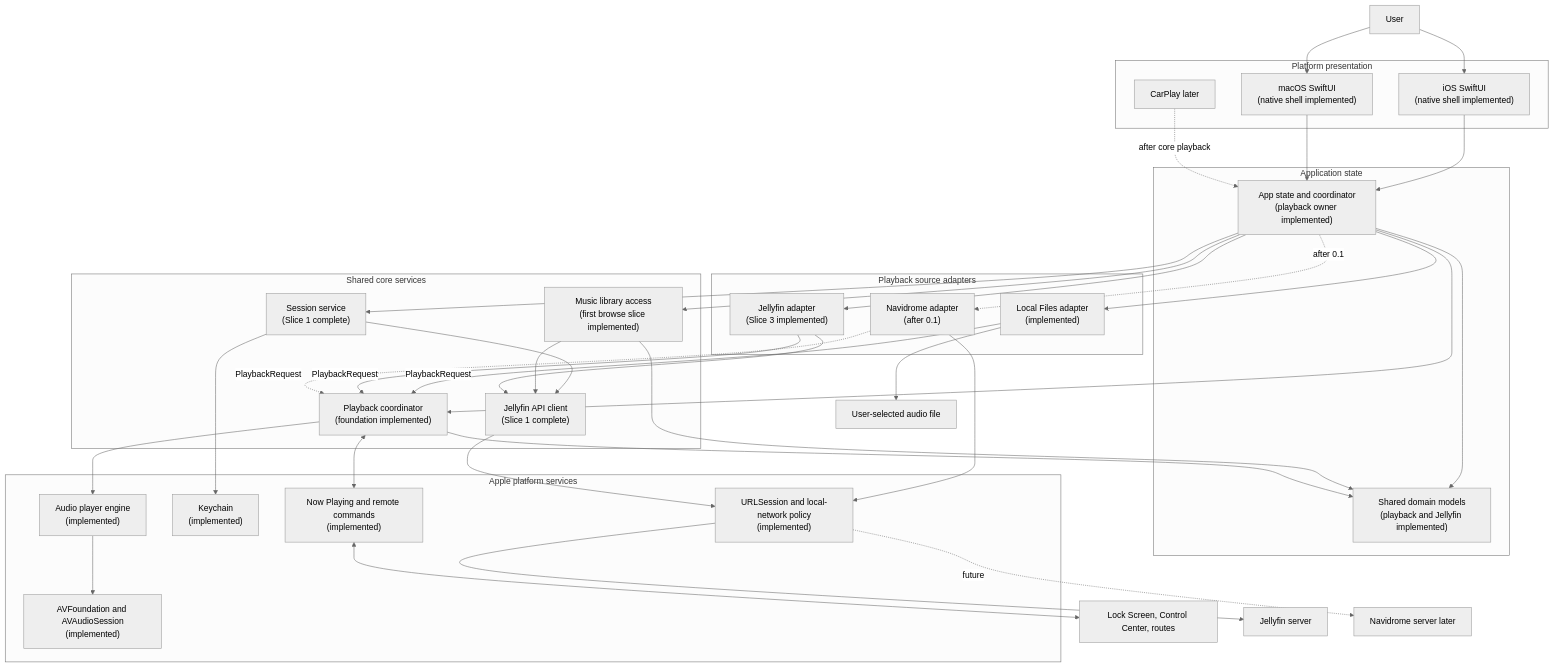
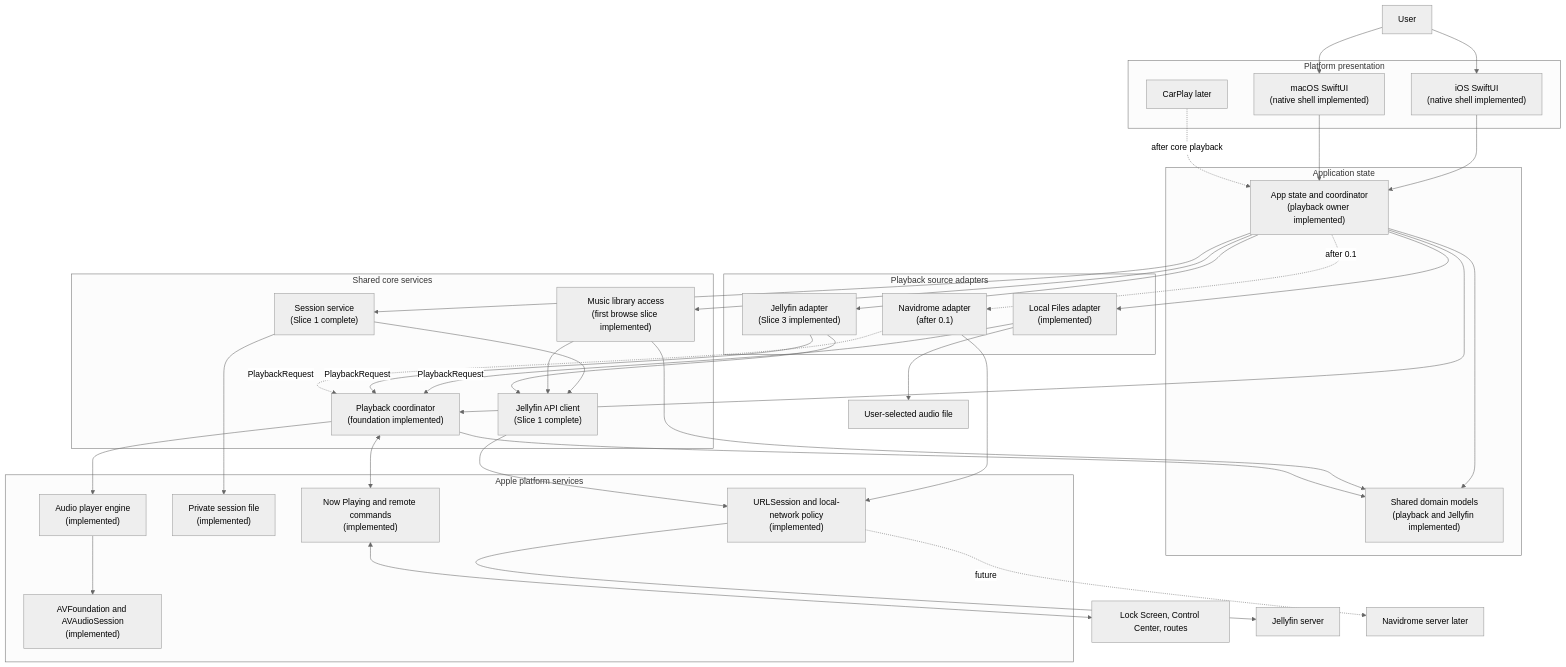
One commit to schillt/velacanto changed the first of 4 diagrams in docs/architecture.md. Above: the diagram before and after it, drawn with Mermaid (neutral theme). The commit also changed other lines of this file and 23 other files, not shown here.

````diff
--- a/docs/architecture.md
+++ b/docs/architecture.md
@@ -9,74 +9,74 @@
 ```mermaid
 flowchart TB
     User["User"]
     SystemUI["Lock Screen, Control Center, routes"]
 
     subgraph Presentation["Platform presentation"]
         IOS["iOS SwiftUI<br/>(native shell implemented)"]
         Mac["macOS SwiftUI<br/>(native shell implemented)"]
         CarPlay["CarPlay later"]
     end
 
     subgraph Application["Application state"]
         Coordinator["App state and coordinator<br/>(playback owner implemented)"]
         Models["Shared domain models<br/>(playback and Jellyfin implemented)"]
     end
 
     subgraph Core["Shared core services"]
         Session["Session service<br/>(Slice 1 complete)"]
         API["Jellyfin API client<br/>(Slice 1 complete)"]
         Library["Music library access<br/>(first browse slice implemented)"]
         Playback["Playback coordinator<br/>(foundation implemented)"]
     end
 
     subgraph Sources["Playback source adapters"]
         LocalAdapter["Local Files adapter<br/>(implemented)"]
         JellyfinAdapter["Jellyfin adapter<br/>(Slice 3 implemented)"]
         NavidromeAdapter["Navidrome adapter<br/>(after 0.1)"]
     end
 
     subgraph Apple["Apple platform services"]
         Networking["URLSession and local-network policy<br/>(implemented)"]
-        Keychain["Keychain<br/>(implemented)"]
+        TokenFile["Private session file<br/>(implemented)"]
         Engine["Audio player engine<br/>(implemented)"]
         AV["AVFoundation and AVAudioSession<br/>(implemented)"]
         Media["Now Playing and remote commands<br/>(implemented)"]
     end
 
     LocalFile["User-selected audio file"]
     Jellyfin["Jellyfin server"]
     Navidrome["Navidrome server later"]
 
     User --> IOS
     User --> Mac
     IOS --> Coordinator
     Mac --> Coordinator
     CarPlay -. "after core playback" .-> Coordinator
 
     Coordinator --> Session
     Coordinator --> Library
     Coordinator --> Playback
     Coordinator --> Models
     Coordinator --> LocalAdapter
     Coordinator --> JellyfinAdapter
     Coordinator -. "after 0.1" .-> NavidromeAdapter
 
     Session --> API
-    Session --> Keychain
+    Session --> TokenFile
     Library --> API
     Library --> Models
     Playback --> Models
     LocalAdapter -- "PlaybackRequest" --> Playback
     JellyfinAdapter -- "PlaybackRequest" --> Playback
     NavidromeAdapter -. "PlaybackRequest" .-> Playback
     LocalAdapter --> LocalFile
     JellyfinAdapter --> API
     NavidromeAdapter --> Networking
     API --> Networking
     Networking --> Jellyfin
     Networking -. "future" .-> Navidrome
     Playback --> Engine
     Engine --> AV
     Playback <--> Media
     Media <--> SystemUI
 ```
````
